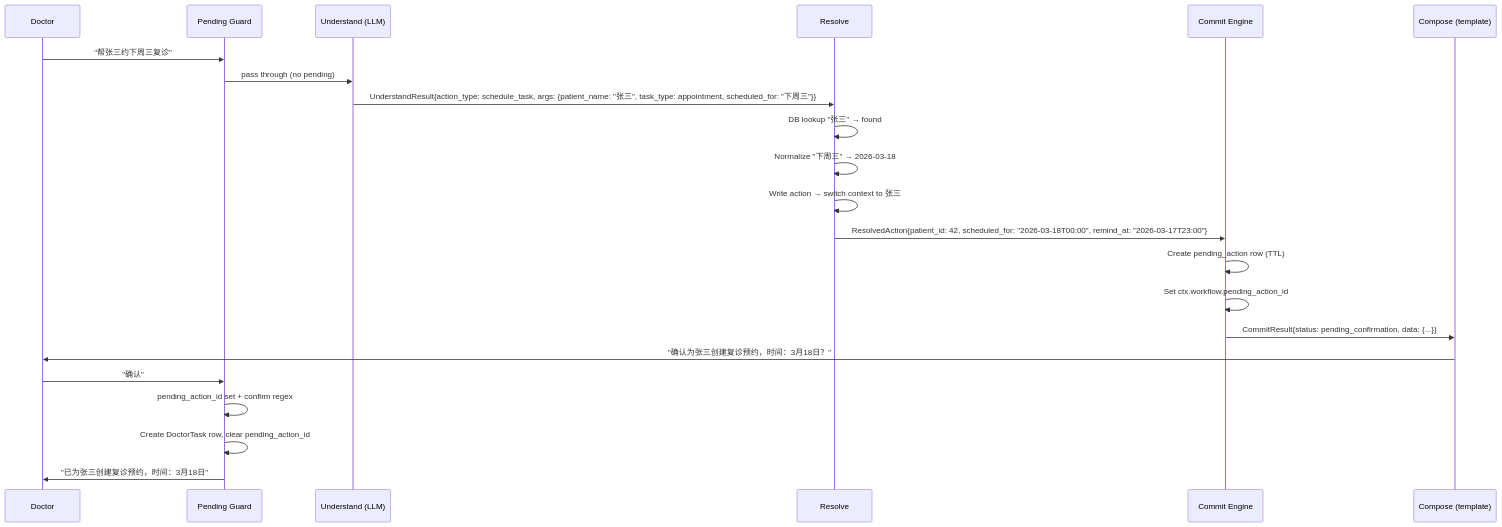
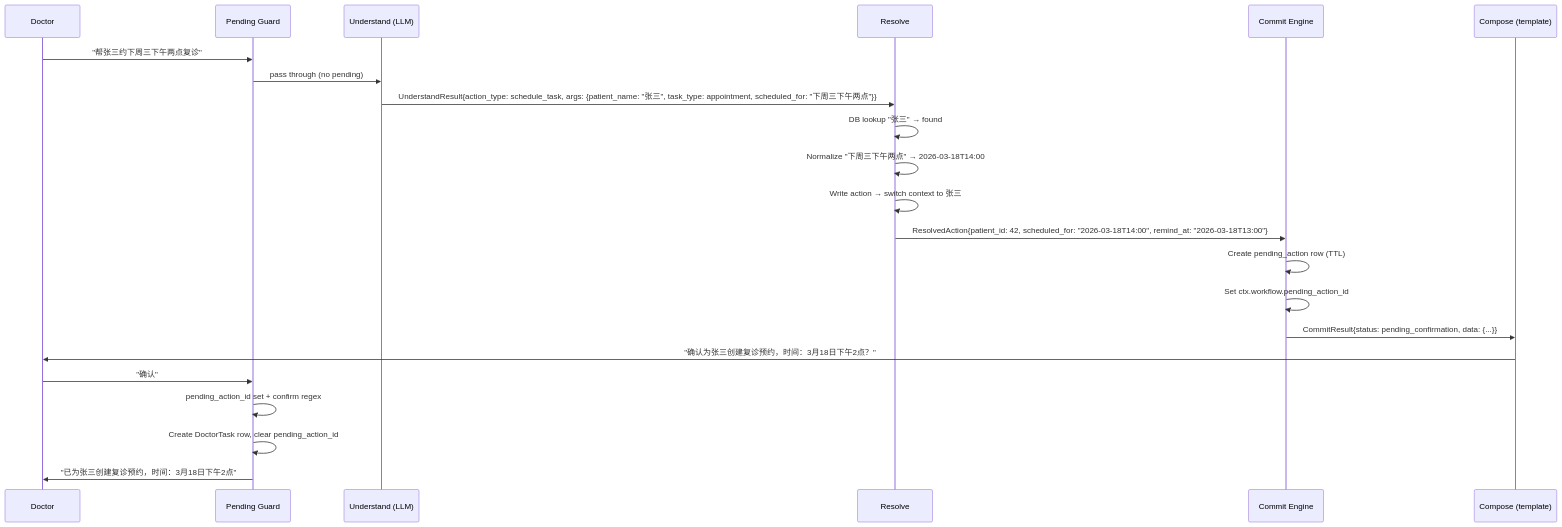
One commit to moments8890/doctor-ai-agent changed the third of 7 diagrams in docs/adr/0012-architecture-diagram.md. Above: the diagram before and after it, drawn with Mermaid. The commit also changed 1 other file, not shown here.

Commit message:
fix: appointment examples must include time, not just date
Date-only expressions ("下周三") violate the stated invariant that
appointment event time is required. A midnight appointment is nonsensical.
Updated all schedule_task examples to include time ("下周三下午两点").

````diff
--- a/docs/adr/0012-architecture-diagram.md
+++ b/docs/adr/0012-architecture-diagram.md
@@ -92,26 +92,26 @@
 ```mermaid
 sequenceDiagram
     participant D as Doctor
     participant PG as Pending Guard
     participant U as Understand (LLM)
     participant R as Resolve
     participant CE as Commit Engine
     participant Co as Compose (template)
 
-    D->>PG: "帮张三约下周三复诊"
+    D->>PG: "帮张三约下周三下午两点复诊"
     PG->>U: pass through (no pending)
-    U->>R: UnderstandResult{action_type: schedule_task, args: {patient_name: "张三", task_type: appointment, scheduled_for: "下周三"}}
+    U->>R: UnderstandResult{action_type: schedule_task, args: {patient_name: "张三", task_type: appointment, scheduled_for: "下周三下午两点"}}
     R->>R: DB lookup "张三" → found
-    R->>R: Normalize "下周三" → 2026-03-18
+    R->>R: Normalize "下周三下午两点" → 2026-03-18T14:00
     R->>R: Write action → switch context to 张三
-    R->>CE: ResolvedAction{patient_id: 42, scheduled_for: "2026-03-18T00:00", remind_at: "2026-03-17T23:00"}
+    R->>CE: ResolvedAction{patient_id: 42, scheduled_for: "2026-03-18T14:00", remind_at: "2026-03-18T13:00"}
     CE->>CE: Create pending_action row (TTL)
     CE->>CE: Set ctx.workflow.pending_action_id
     CE->>Co: CommitResult{status: pending_confirmation, data: {...}}
-    Co->>D: "确认为张三创建复诊预约，时间：3月18日？"
+    Co->>D: "确认为张三创建复诊预约，时间：3月18日下午2点？"
 
     D->>PG: "确认"
     PG->>PG: pending_action_id set + confirm regex
     PG->>PG: Create DoctorTask row, clear pending_action_id
-    PG->>D: "已为张三创建复诊预约，时间：3月18日"
+    PG->>D: "已为张三创建复诊预约，时间：3月18日下午2点"
 ```
````
